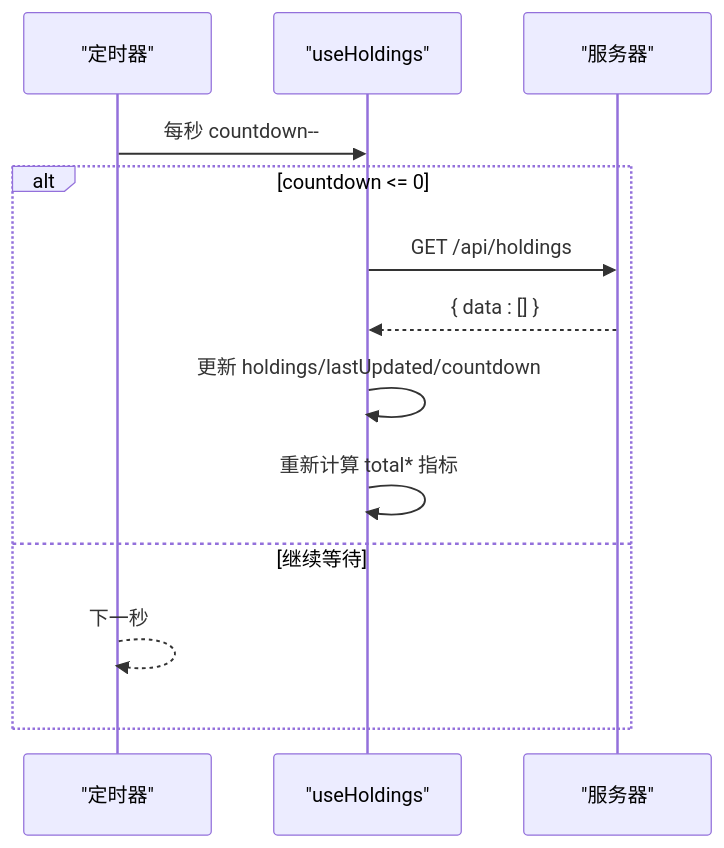
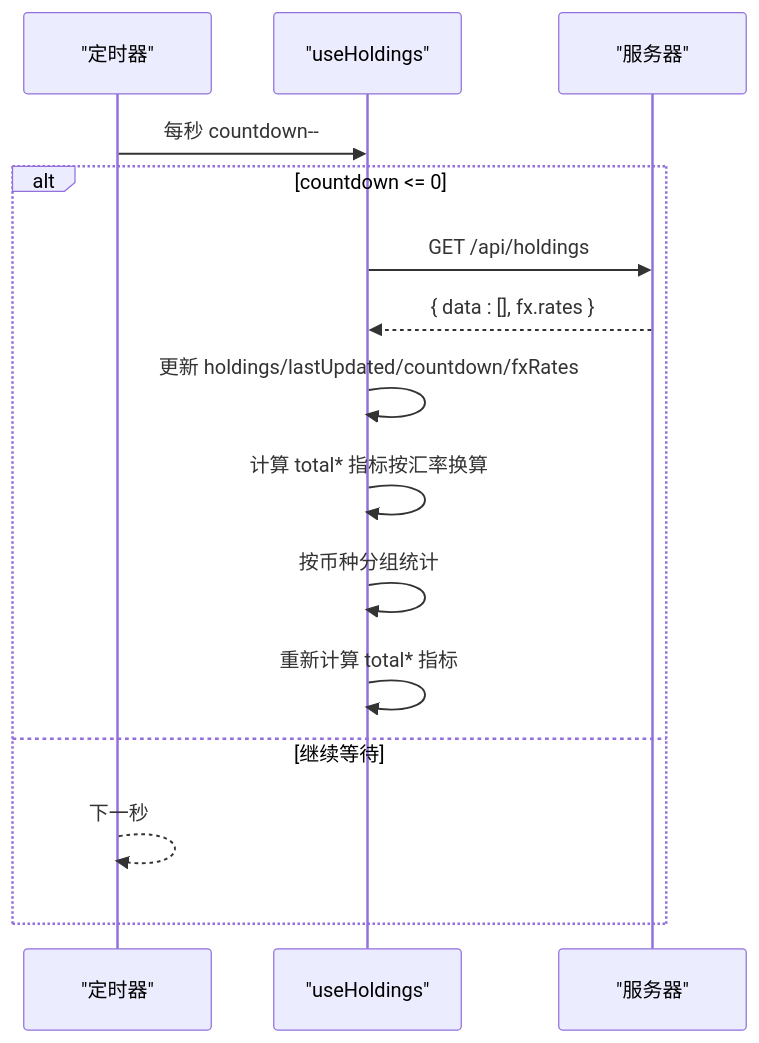
One commit to salenju/stock-advisor changed the fifth of 8 diagrams in .qoder/repowiki/zh/content/前端架构/Vue组件体系/投资组合概览卡片.md. Above: the diagram before and after it, drawn with Mermaid. The commit also changed other lines of this file and 45 other files, not shown here.

````diff
--- a/.qoder/repowiki/zh/content/前端架构/Vue组件体系/投资组合概览卡片.md
+++ b/.qoder/repowiki/zh/content/前端架构/Vue组件体系/投资组合概览卡片.md
@@ -204,15 +233,17 @@
 ```mermaid
 sequenceDiagram
 participant T as "定时器"
 participant U as "useHoldings"
 participant S as "服务器"
 T->>U : 每秒 countdown--
 alt countdown <= 0
 U->>S : GET /api/holdings
-S-->>U : { data : [] }
-U->>U : 更新 holdings/lastUpdated/countdown
+S-->>U : { data : [], fx.rates }
+U->>U : 更新 holdings/lastUpdated/countdown/fxRates
+U->>U : 计算 total* 指标按汇率换算
+U->>U : 按币种分组统计
 U->>U : 重新计算 total* 指标
 else 继续等待
 T-->>T : 下一秒
 end
 ```
````
